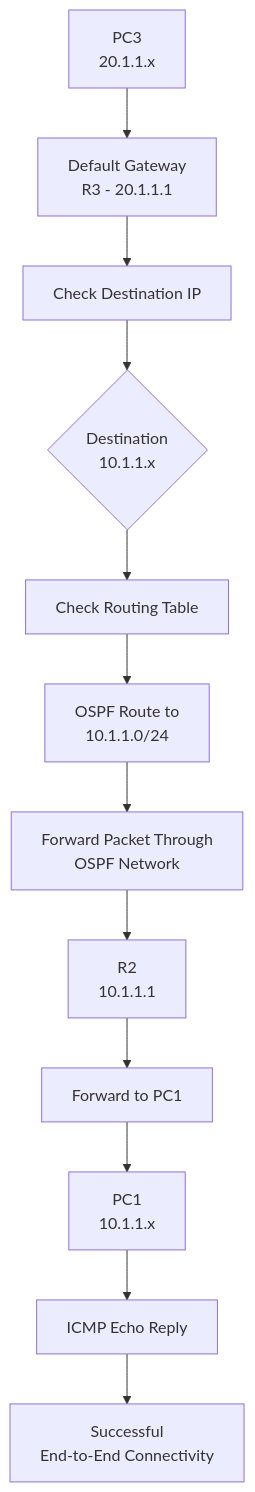
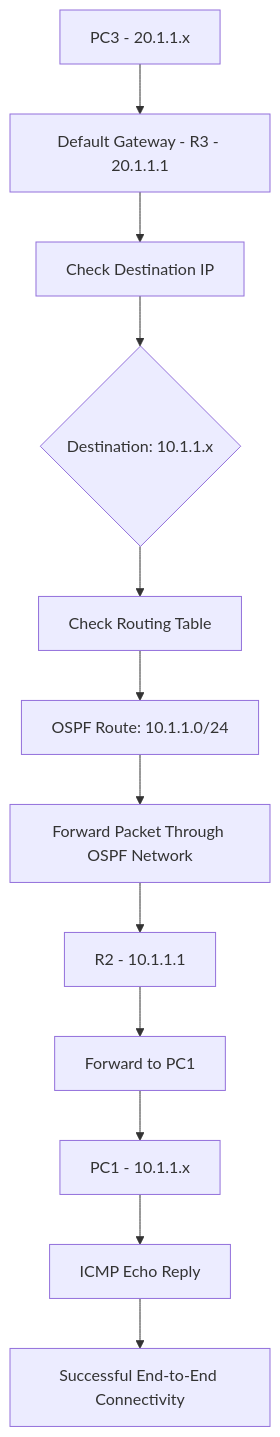
The second of 4 diagrams in README.md (sohamCyber-08/-Enterprise-Multi-Router-OSPF-Network-Full-Mesh-Area-0), drawn with Mermaid before and after one commit. The commit also changed other lines of this file, not shown here.

````diff
--- a/README.md
+++ b/README.md
@@ -332,15 +318,14 @@
 ```mermaid
 flowchart TD
-    A[PC3<br/>20.1.1.x] --> B[Default Gateway<br/>R3 - 20.1.1.1]
-    B --> C[Check Destination IP]
-    C --> D{Destination<br/>10.1.1.x}
-    D --> E[Check Routing Table]
-    E --> F[OSPF Route to<br/>10.1.1.0/24]
-    F --> G[Forward Packet Through<br/>OSPF Network]
-    G --> H[R2<br/>10.1.1.1]
-    H --> I[Forward to PC1]
-    I --> J[PC1<br/>10.1.1.x]
-    J --> K[ICMP Echo Reply]
-    K --> L[Successful<br/>End-to-End Connectivity]
-
+    A["PC3 - 20.1.1.x"] --> B["Default Gateway - R3 - 20.1.1.1"]
+    B --> C["Check Destination IP"]
+    C --> D{"Destination: 10.1.1.x"}
+    D --> E["Check Routing Table"]
+    E --> F["OSPF Route: 10.1.1.0/24"]
+    F --> G["Forward Packet Through OSPF Network"]
+    G --> H["R2 - 10.1.1.1"]
+    H --> I["Forward to PC1"]
+    I --> J["PC1 - 10.1.1.x"]
+    J --> K["ICMP Echo Reply"]
+    K --> L["Successful End-to-End Connectivity"]
 ```
````
